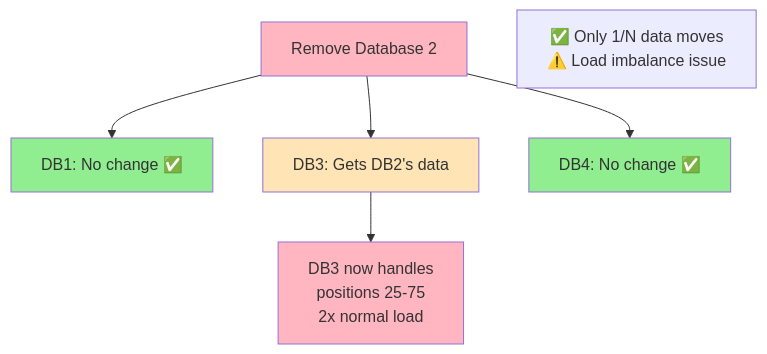
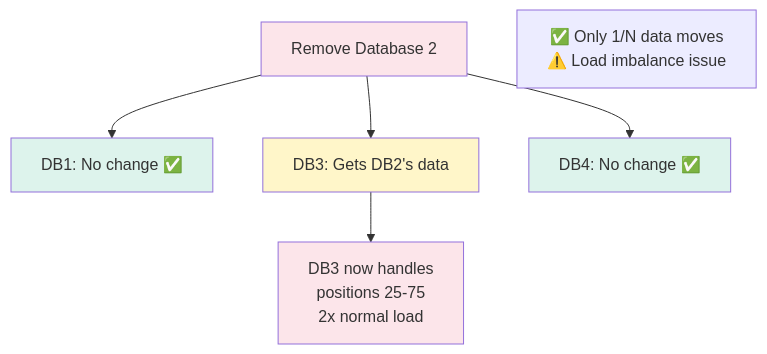
One commit to cartmancodes/InterviewVault changed diagram 17 of 34 in LLD/CoreConcepts/ConsistentHashing.md. Above: the diagram before and after it, drawn with Mermaid. The commit also changed other lines of this file and 679 other files, not shown here.

Commit message:
Unify content diagrams and add accessible visual walkthroughs

````diff
--- a/LLD/CoreConcepts/ConsistentHashing.md
+++ b/LLD/CoreConcepts/ConsistentHashing.md
@@ -440,18 +440,18 @@
 ```mermaid
 graph TB
     REMOVE[Remove Database 2]
     
     REMOVE --> UNCHANGED1[DB1: No change ✅]
     REMOVE --> AFFECTED[DB3: Gets DB2's data]
     REMOVE --> UNCHANGED2[DB4: No change ✅]
     
     AFFECTED --> LOAD[DB3 now handles<br/>positions 25-75<br/>2x normal load]
     
     NOTE[✅ Only 1/N data moves<br/>⚠️ Load imbalance issue]
     
-    style REMOVE fill:#FFB6C1
-    style UNCHANGED1 fill:#90EE90
-    style UNCHANGED2 fill:#90EE90
-    style AFFECTED fill:#FFE4B5
-    style LOAD fill:#FFB6C1
+    style REMOVE fill:#FCE5EA
+    style UNCHANGED1 fill:#DDF3EC
+    style UNCHANGED2 fill:#DDF3EC
+    style AFFECTED fill:#FFF6C9
+    style LOAD fill:#FCE5EA
 ```
````
